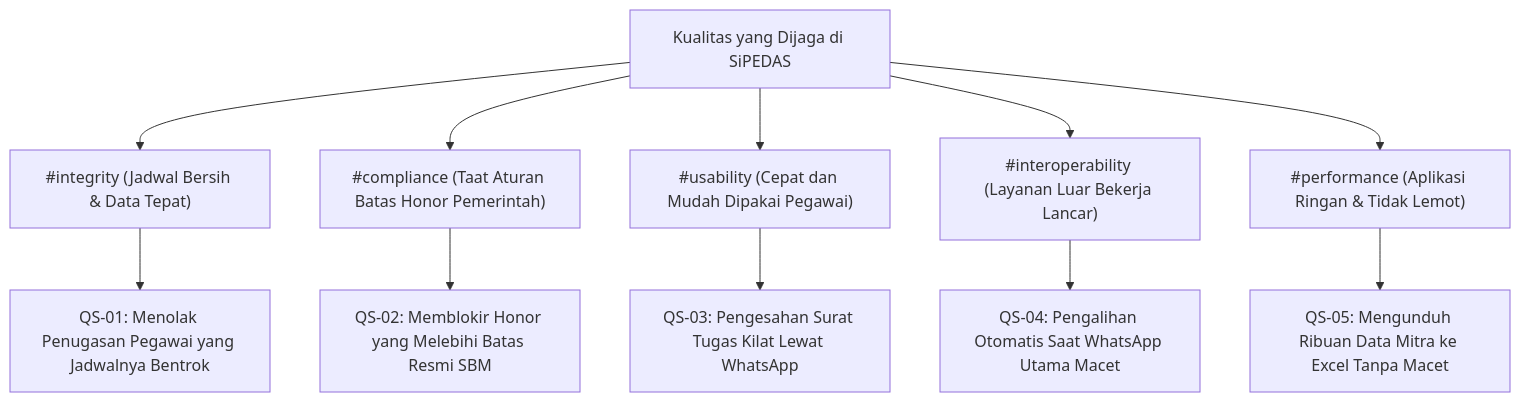
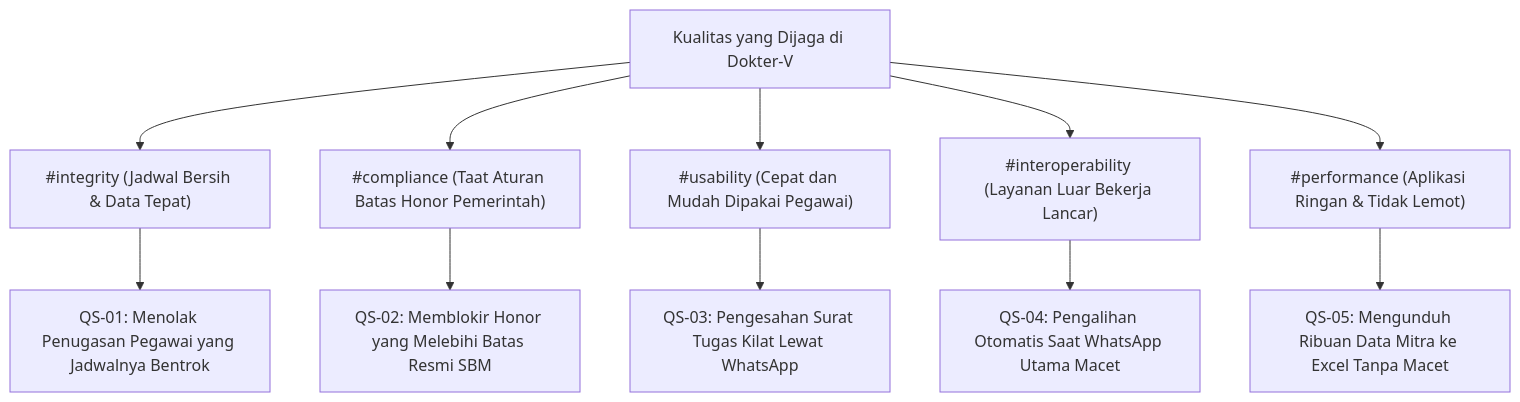
Before and after one commit to ihkaru/sipedas: the diagram in docs/architecture/10_quality_requirements.md, drawn with Mermaid. The commit also changed other lines of this file and 53 other files, not shown here.

````diff
--- a/docs/architecture/10_quality_requirements.md
+++ b/docs/architecture/10_quality_requirements.md
@@ -15,15 +15,15 @@
 ```mermaid
 graph TD
-    Q["Kualitas yang Dijaga di SiPEDAS"]
+    Q["Kualitas yang Dijaga di Dokter-V"]
     Q --> Q1["#integrity (Jadwal Bersih & Data Tepat)"]
     Q --> Q2["#compliance (Taat Aturan Batas Honor Pemerintah)"]
     Q --> Q3["#usability (Cepat dan Mudah Dipakai Pegawai)"]
     Q --> Q4["#interoperability (Layanan Luar Bekerja Lancar)"]
     Q --> Q5["#performance (Aplikasi Ringan & Tidak Lemot)"]
 
     Q1 --> QS1["QS-01: Menolak Penugasan Pegawai yang Jadwalnya Bentrok"]
     Q2 --> QS2["QS-02: Memblokir Honor yang Melebihi Batas Resmi SBM"]
     Q3 --> QS3["QS-03: Pengesahan Surat Tugas Kilat Lewat WhatsApp"]
     Q4 --> QS4["QS-04: Pengalihan Otomatis Saat WhatsApp Utama Macet"]
     Q5 --> QS5["QS-05: Mengunduh Ribuan Data Mitra ke Excel Tanpa Macet"]
 ```
````
